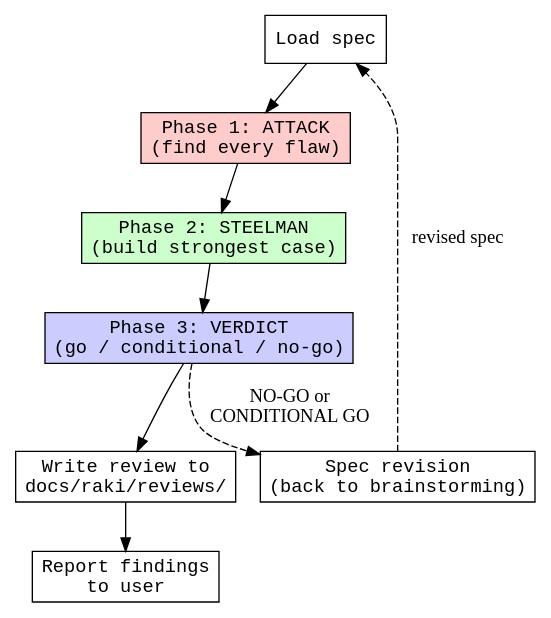
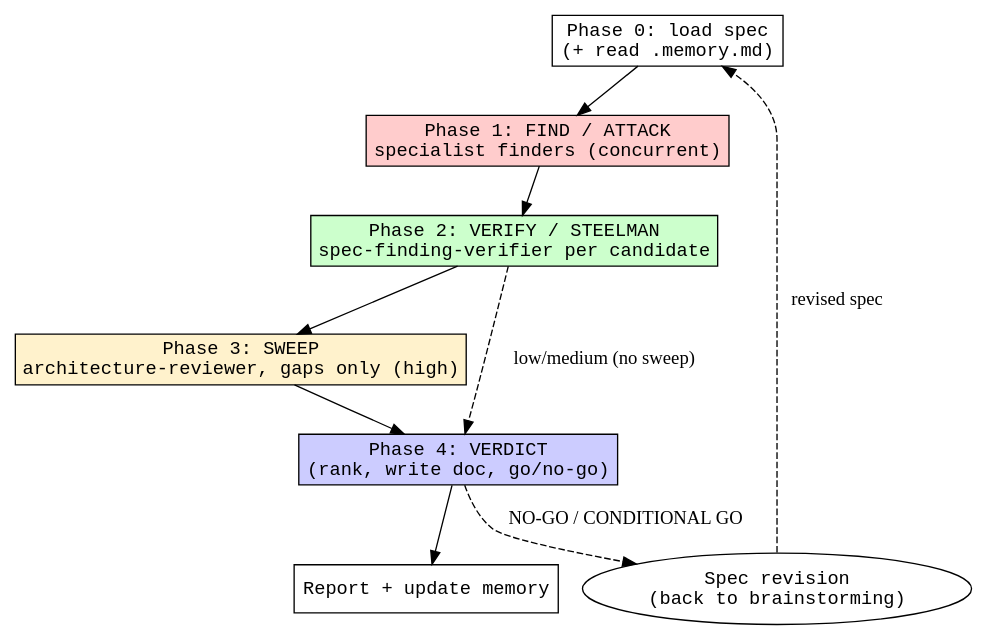
Before and after one commit to rakilabs/Skills: the diagram in skills/reviewing-specs/SKILL.md, drawn with Graphviz. The commit also changed other lines of this file and 25 other files, not shown here.

First line of the commit message:
feat: upgrade review skills to multi-agent; add effort dials, safety, memory

````diff
--- a/skills/reviewing-specs/SKILL.md
+++ b/skills/reviewing-specs/SKILL.md
@@ -27,22 +57,19 @@
 ```dot
-digraph review_flow {
+digraph reviewing_specs {
   rankdir=TB;
   node [shape=box, fontname="monospace"];
 
-  Load [label="Load spec"];
-  Attack [label="Phase 1: ATTACK\n(find every flaw)", style=filled, fillcolor="#ffcccc"];
-  Steelman [label="Phase 2: STEELMAN\n(build strongest case)", style=filled, fillcolor="#ccffcc"];
-  Verdict [label="Phase 3: VERDICT\n(go / conditional / no-go)", style=filled, fillcolor="#ccccff"];
-  Write [label="Write review to\ndocs/raki/reviews/"];
-  Report [label="Report findings\nto user"];
-  Revise [label="Spec revision\n(back to brainstorming)"];
+  Load   [label="Phase 0: load spec\n(+ read .memory.md)"];
+  Find   [label="Phase 1: FIND / ATTACK\nspecialist finders (concurrent)", style=filled, fillcolor="#ffcccc"];
+  Verify [label="Phase 2: VERIFY / STEELMAN\nspec-finding-verifier per candidate", style=filled, fillcolor="#ccffcc"];
+  Sweep  [label="Phase 3: SWEEP\narchitecture-reviewer, gaps only (high)", style=filled, fillcolor="#fff2cc"];
+  Verdict[label="Phase 4: VERDICT\n(rank, write doc, go/no-go)", style=filled, fillcolor="#ccccff"];
+  Report [label="Report + update memory"];
+  Revise [label="Spec revision\n(back to brainstorming)", shape=ellipse];
 
-  Load -> Attack;
-  Attack -> Steelman;
-  Steelman -> Verdict;
-  Verdict -> Write;
-  Write -> Report;
-  Verdict -> Revise [label="NO-GO or\nCONDITIONAL GO", style=dashed];
-  Revise -> Load [label="revised spec", style=dashed];
+  Load -> Find -> Verify -> Sweep -> Verdict -> Report;
+  Verify -> Verdict [label="low/medium (no sweep)", style=dashed];
+  Verdict -> Revise [label="NO-GO / CONDITIONAL GO", style=dashed];
+  Revise -> Load    [label="revised spec", style=dashed];
 }
 ```
````
